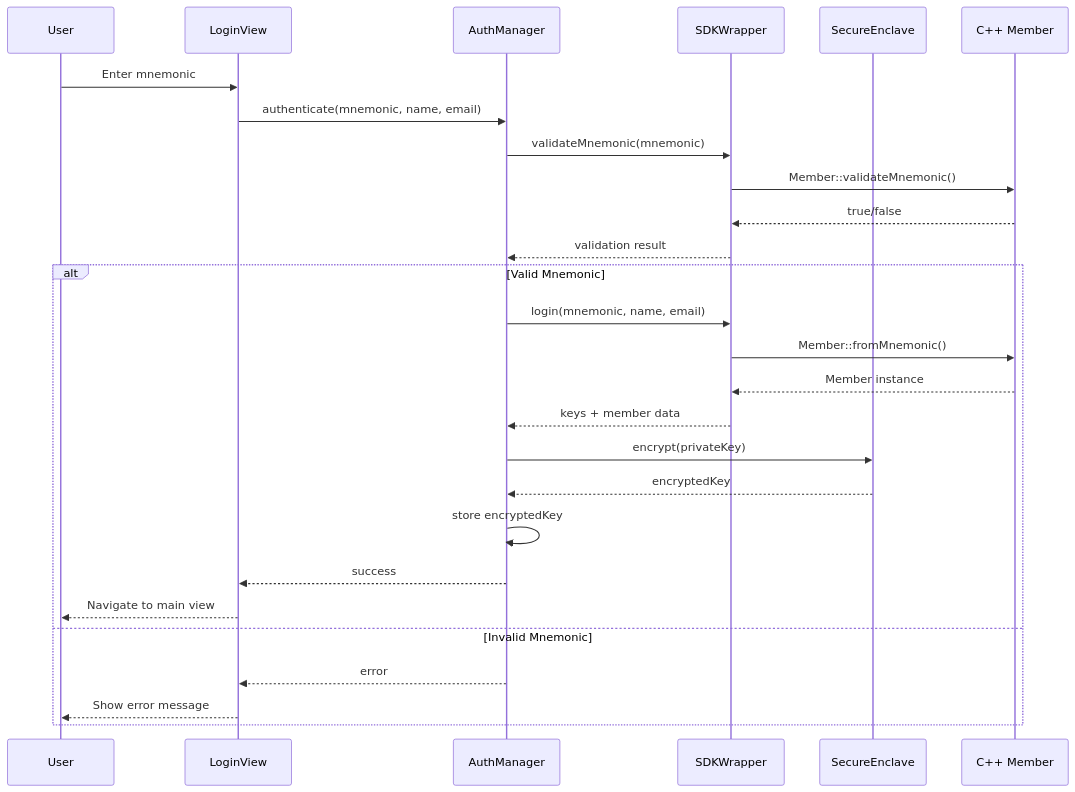
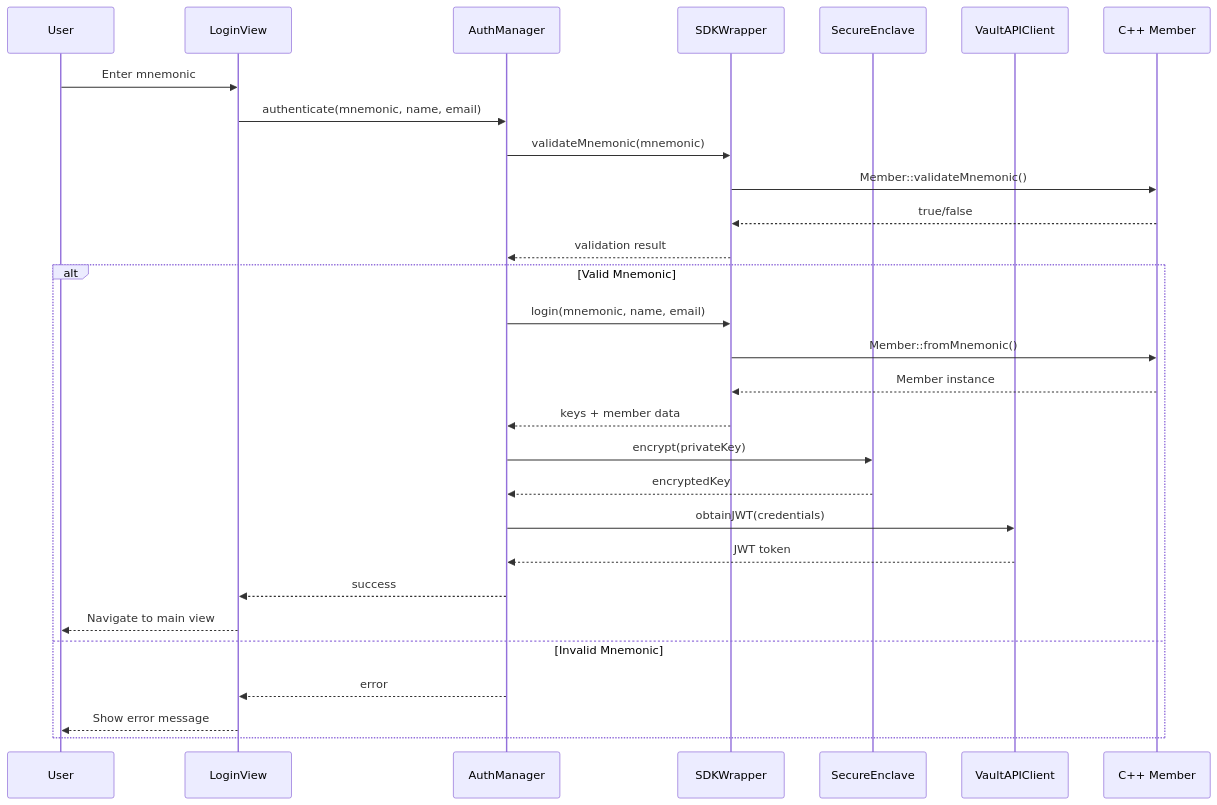
The second of 3 diagrams in .kiro/specs/brightchain-macos-client/design.md (Digital-Defiance/BrightChain-Cpp), drawn with Mermaid before and after one commit. The commit also changed other lines of this file and 74 other files, not shown here.

````diff
--- a/.kiro/specs/brightchain-macos-client/design.md
+++ b/.kiro/specs/brightchain-macos-client/design.md
@@ -86,31 +139,33 @@
 ```mermaid
 sequenceDiagram
     participant User
     participant LoginView
     participant AuthManager
     participant SDKWrapper
     participant SecureEnclave
+    participant VaultAPIClient
     participant Member as C++ Member
-    
+
     User->>LoginView: Enter mnemonic
     LoginView->>AuthManager: authenticate(mnemonic, name, email)
     AuthManager->>SDKWrapper: validateMnemonic(mnemonic)
     SDKWrapper->>Member: Member::validateMnemonic()
     Member-->>SDKWrapper: true/false
     SDKWrapper-->>AuthManager: validation result
-    
+
     alt Valid Mnemonic
         AuthManager->>SDKWrapper: login(mnemonic, name, email)
         SDKWrapper->>Member: Member::fromMnemonic()
         Member-->>SDKWrapper: Member instance
         SDKWrapper-->>AuthManager: keys + member data
         AuthManager->>SecureEnclave: encrypt(privateKey)
         SecureEnclave-->>AuthManager: encryptedKey
-        AuthManager->>AuthManager: store encryptedKey
+        AuthManager->>VaultAPIClient: obtainJWT(credentials)
+        VaultAPIClient-->>AuthManager: JWT token
         AuthManager-->>LoginView: success
         LoginView-->>User: Navigate to main view
     else Invalid Mnemonic
         AuthManager-->>LoginView: error
         LoginView-->>User: Show error message
     end
 ```
````
